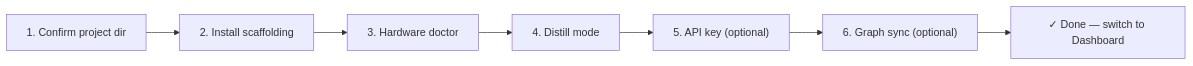
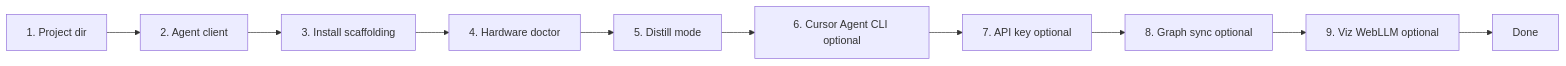
Before and after one commit to noyal1234/MemNetwork: the first of 2 diagrams in docs/TUI_APP_PLAN.md, drawn with Mermaid. The commit also changed other lines of this file and 52 other files, not shown here.

````diff
--- a/docs/TUI_APP_PLAN.md
+++ b/docs/TUI_APP_PLAN.md
@@ -433,9 +433,12 @@
 ```mermaid
 flowchart LR
-    A["1. Confirm project dir"] --> B["2. Install scaffolding"]
-    B --> C["3. Hardware doctor"]
-    C --> D["4. Distill mode"]
-    D --> E["5. API key (optional)"]
-    E --> F["6. Graph sync (optional)"]
-    F --> G["✓ Done — switch to Dashboard"]
+    A["1. Project dir"] --> B["2. Agent client"]
+    B --> C["3. Install scaffolding"]
+    C --> D["4. Hardware doctor"]
+    D --> E["5. Distill mode"]
+    E --> F["6. Cursor Agent CLI optional"]
+    F --> G["7. API key optional"]
+    G --> H["8. Graph sync optional"]
+    H --> I["9. Viz WebLLM optional"]
+    I --> J["Done"]
 ```
````
